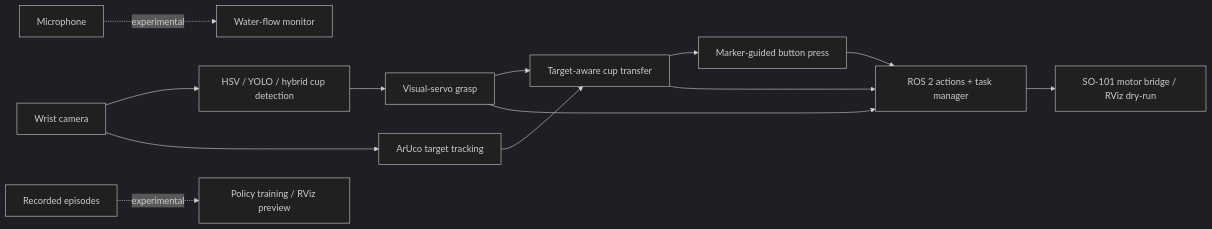
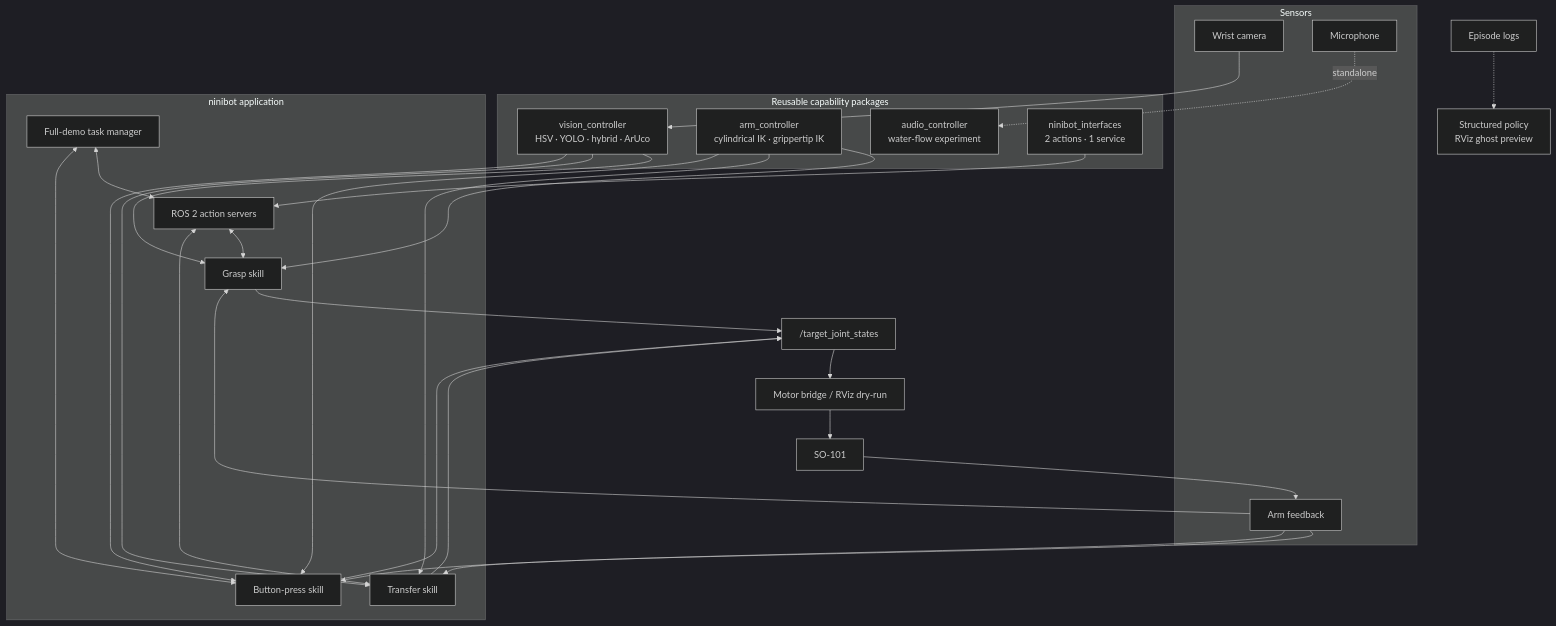
The second of 2 diagrams in README.md (mren2222/ninibot), drawn with Mermaid (dark theme) before and after one commit. The commit also changed other lines of this file and 5 other files, not shown here.

````diff
--- a/README.md
+++ b/README.md
@@ -55,15 +196,47 @@
 ```mermaid
-flowchart LR
-    C["Wrist camera"] --> V["HSV / YOLO / hybrid cup detection"]
-    C --> A["ArUco target tracking"]
-    V --> G["Visual-servo grasp"]
-    A --> M["Target-aware cup transfer"]
-    G --> M
-    M --> P["Marker-guided button press"]
-    G --> R["ROS 2 actions + task manager"]
-    M --> R
-    P --> R
-    R --> D["SO-101 motor bridge / RViz dry-run"]
-    U["Microphone"] -. "experimental" .-> W["Water-flow monitor"]
-    E["Recorded episodes"] -. "experimental" .-> L["Policy training / RViz preview"]
+flowchart TB
+    subgraph Sensors
+        Camera["Wrist camera"]
+        Mic["Microphone"]
+        JointFeedback["Arm feedback"]
+    end
+
+    subgraph Reusable["Reusable capability packages"]
+        Vision["vision_controller<br/>HSV · YOLO · hybrid · ArUco"]
+        Kinematics["arm_controller<br/>cylindrical IK · grippertip IK"]
+        Audio["audio_controller<br/>water-flow experiment"]
+        Interfaces["ninibot_interfaces<br/>2 actions · 1 service"]
+    end
+
+    subgraph Application["ninibot application"]
+        Grasp["Grasp skill"]
+        Transfer["Transfer skill"]
+        Press["Button-press skill"]
+        Actions["ROS 2 action servers"]
+        Manager["Full-demo task manager"]
+    end
+
+    Camera --> Vision
+    Vision --> Grasp
+    Vision --> Transfer
+    Vision --> Press
+    Kinematics --> Grasp
+    Kinematics --> Transfer
+    Kinematics --> Press
+    Interfaces --> Actions
+    Manager <--> Actions
+    Actions <--> Grasp
+    Actions <--> Transfer
+    Manager <--> Press
+    Grasp --> Targets["/target_joint_states"]
+    Transfer --> Targets
+    Press --> Targets
+    Targets --> Bridge["Motor bridge / RViz dry-run"]
+    Bridge --> Arm["SO-101"]
+    Arm --> JointFeedback
+    JointFeedback --> Grasp
+    JointFeedback --> Transfer
+    JointFeedback --> Press
+    Mic -. "standalone" .-> Audio
+    Episodes["Episode logs"] -.-> Policy["Structured policy<br/>RViz ghost preview"]
 ```
````
